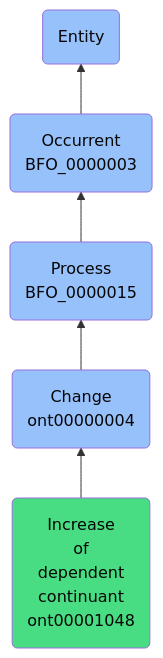
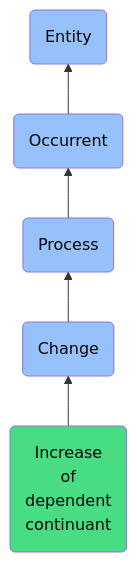
One commit to jupyter-naas/abi changed the diagram in docs/ontology/reference/model/Entity/Occurrent/Process/Change/Increase of dependent continuant/Increase of dependent continuant.md. Above: the diagram before and after it, drawn with Mermaid. The commit also changed other lines of this file and 1430 other files, not shown here.

````diff
--- a/docs/ontology/reference/model/Entity/Occurrent/Process/Change/Increase of dependent continuant/Increase of dependent continuant.md
+++ b/docs/ontology/reference/model/Entity/Occurrent/Process/Change/Increase of dependent continuant/Increase of dependent continuant.md
@@ -24,12 +24,12 @@
 ```mermaid
 graph BT
-    ont00001048(Increase<br>of<br>dependent<br>continuant<br>ont00001048):::ABI-->ont00000004
-    ont00000004(Change<br>ont00000004):::BFO-->BFO_0000015
-    BFO_0000015(Process<br>BFO_0000015):::BFO-->BFO_0000003
-    BFO_0000003(Occurrent<br>BFO_0000003):::BFO-->BFO_0000001
+    ont00001048(Increase<br>of<br>dependent<br>continuant):::ABI-->ont00000004
+    ont00000004(Change):::BFO-->BFO_0000015
+    BFO_0000015(Process):::BFO-->BFO_0000003
+    BFO_0000003(Occurrent):::BFO-->BFO_0000001
     BFO_0000001(Entity):::BFO
     
     classDef BFO fill:#97c1fb,color:#060606
     classDef CCO fill:#e4c51e,color:#060606
     classDef ABI fill:#48DD82,color:#060606
 ```
````
